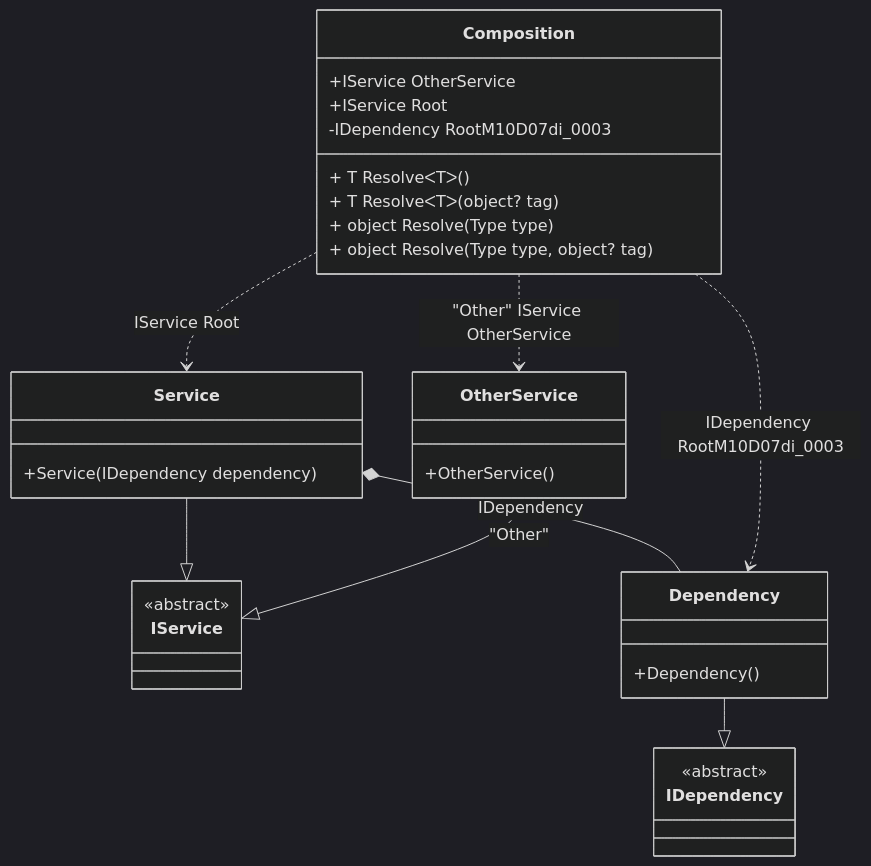
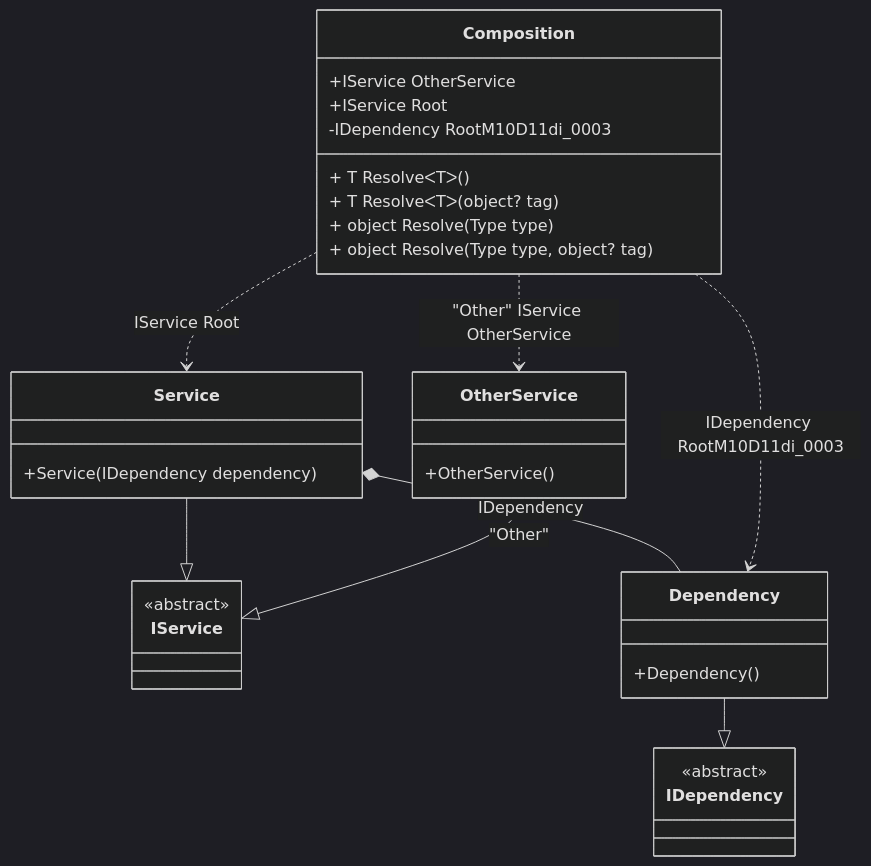
Before and after one commit to DevTeam/Pure.DI: the diagram in readme/composition-roots.md, drawn with Mermaid (dark theme). The commit also changed other lines of this file and 59 other files, not shown here.

````diff
--- a/readme/composition-roots.md
+++ b/readme/composition-roots.md
@@ -45,34 +45,34 @@
 ```mermaid
 classDiagram
   class Composition {
     +IService OtherService
     +IService Root
-    -IDependency RootM10D07di_0003
+    -IDependency RootM10D11di_0003
     + T ResolveᐸTᐳ()
     + T ResolveᐸTᐳ(object? tag)
     + object Resolve(Type type)
     + object Resolve(Type type, object? tag)
   }
   Service --|> IService : 
   class Service {
     +Service(IDependency dependency)
   }
   OtherService --|> IService : "Other" 
   class OtherService {
     +OtherService()
   }
   Dependency --|> IDependency : 
   class Dependency {
     +Dependency()
   }
   class IService {
     <<abstract>>
   }
   class IDependency {
     <<abstract>>
   }
   Service *--  Dependency : IDependency
   Composition ..> Service : IService Root
   Composition ..> OtherService : "Other" IService OtherService
-  Composition ..> Dependency : IDependency RootM10D07di_0003
+  Composition ..> Dependency : IDependency RootM10D11di_0003
 ```
````
